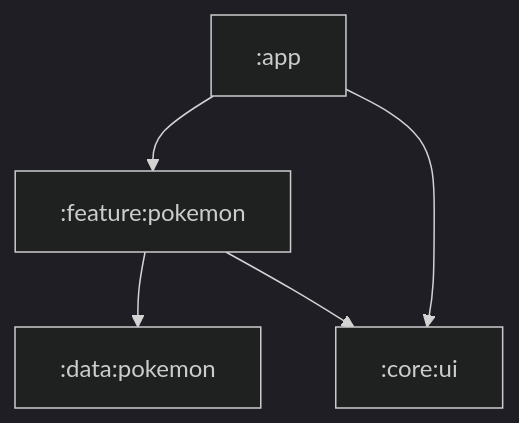
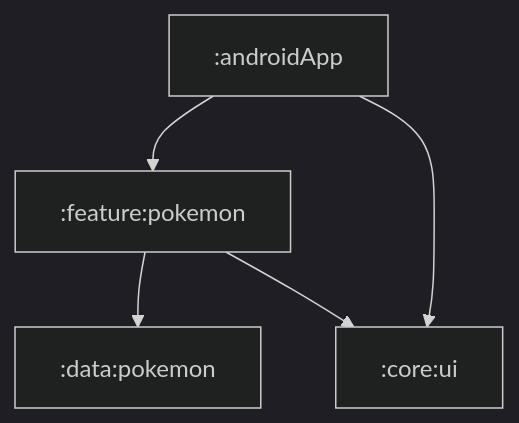
One commit to kfaraj/samples changed the second of 2 diagrams in pokedex/README.md. Above: the diagram before and after it, drawn with Mermaid (dark theme). The commit also changed other lines of this file and 88 other files, not shown here.

````diff
--- a/pokedex/README.md
+++ b/pokedex/README.md
@@ -30,7 +30,7 @@
 ```mermaid
 flowchart TB
-    :app --> :feature:pokemon
-    :app --> :core:ui
+    :androidApp --> :feature:pokemon
+    :androidApp --> :core:ui
     :feature:pokemon --> :data:pokemon
     :feature:pokemon --> :core:ui
 ```
````
